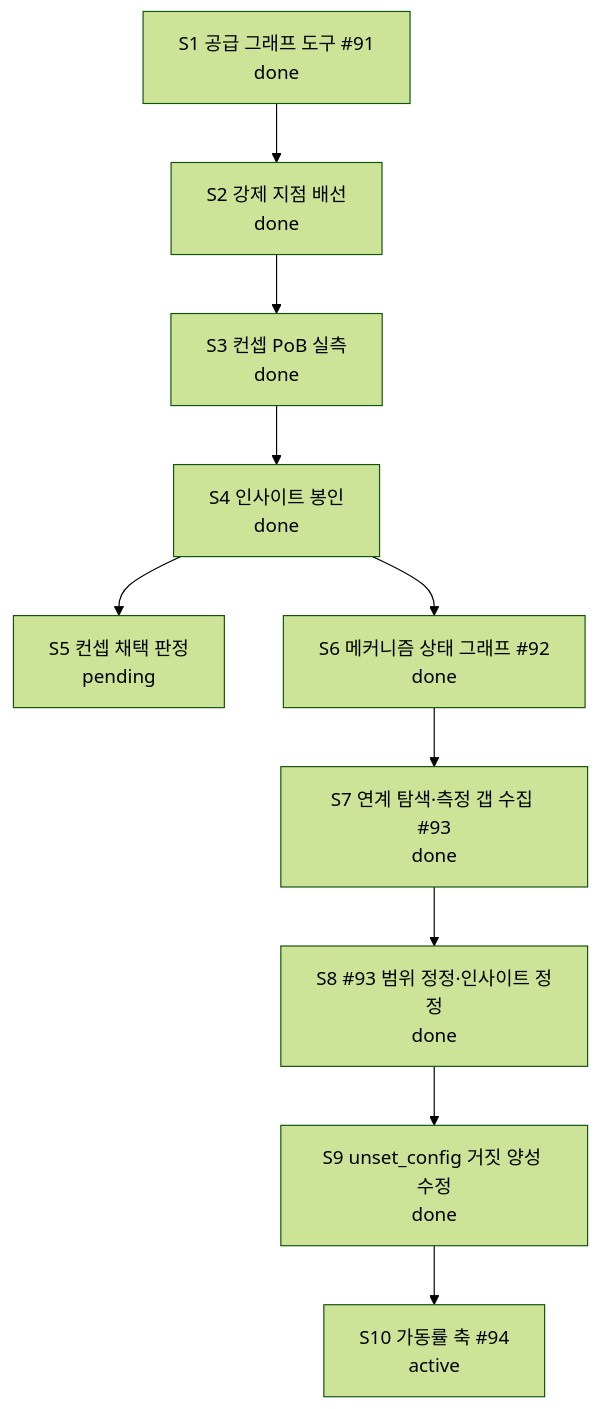
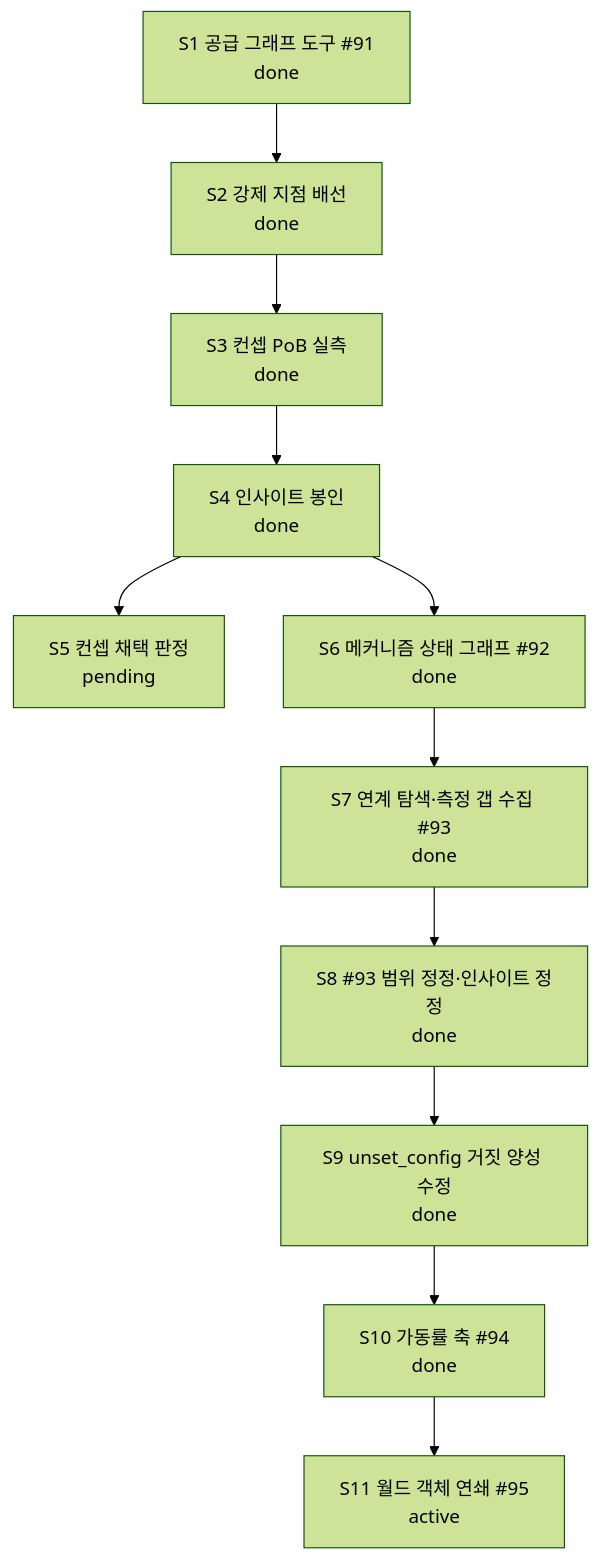
Before and after one commit to skerfolg/poe2-ai-wiki: the diagram in docs/CURRENT-PLAN.md, drawn with Mermaid (forest theme). The commit also changed other lines of this file and 3 other files, not shown here.

````diff
--- a/docs/CURRENT-PLAN.md
+++ b/docs/CURRENT-PLAN.md
@@ -22,15 +22,16 @@
 ```mermaid
 flowchart TD
   TOOL["S1 공급 그래프 도구 #91<br/>done"]
   WIRE["S2 강제 지점 배선<br/>done"]
   MEASURE["S3 컨셉 PoB 실측<br/>done"]
   SEAL["S4 인사이트 봉인<br/>done"]
   VERDICT["S5 컨셉 채택 판정<br/>pending"]
   MECH["S6 메커니즘 상태 그래프 #92<br/>done"]
   GAPS["S7 연계 탐색·측정 갭 수집 #93<br/>done"]
   FIX["S8 #93 범위 정정·인사이트 정정<br/>done"]
   ROOT["S9 unset_config 거짓 양성 수정<br/>done"]
-  UP["S10 가동률 축 #94<br/>active"]
+  UP["S10 가동률 축 #94<br/>done"]
+  OBJ["S11 월드 객체 연쇄 #95<br/>active"]
   TOOL --> WIRE --> MEASURE --> SEAL --> VERDICT
-  SEAL --> MECH --> GAPS --> FIX --> ROOT --> UP
+  SEAL --> MECH --> GAPS --> FIX --> ROOT --> UP --> OBJ
 ```
````
